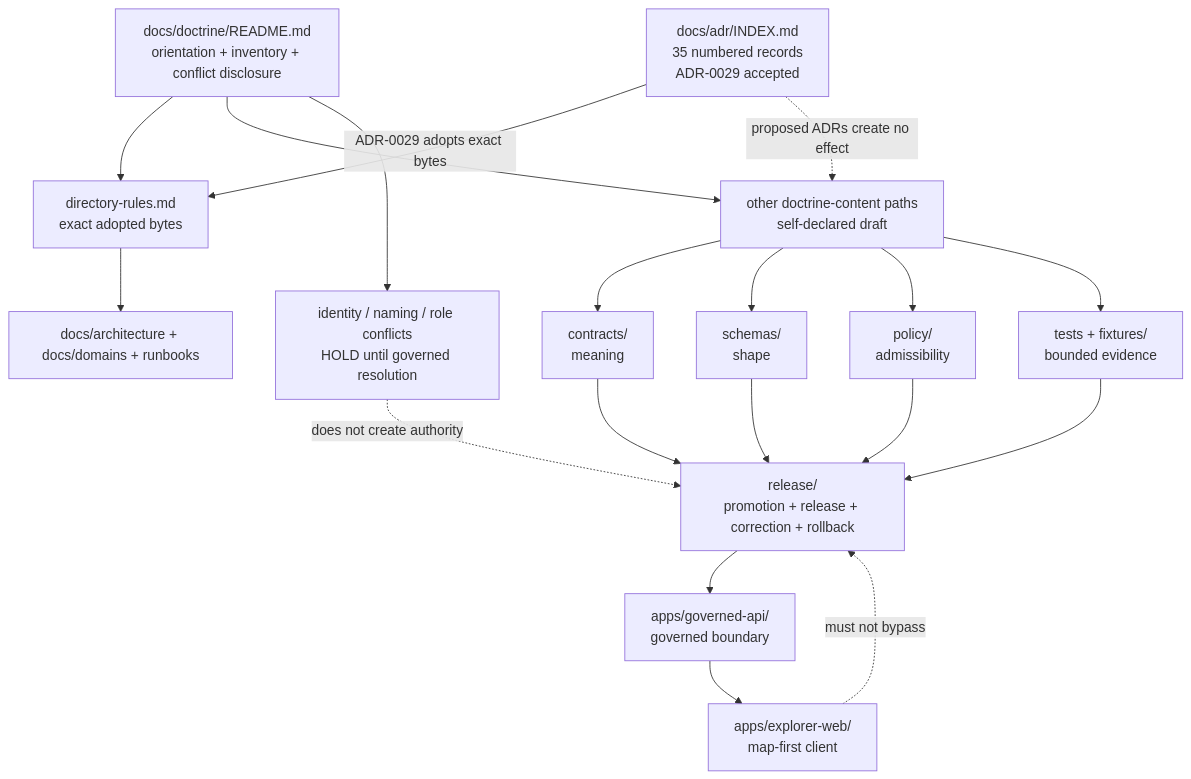
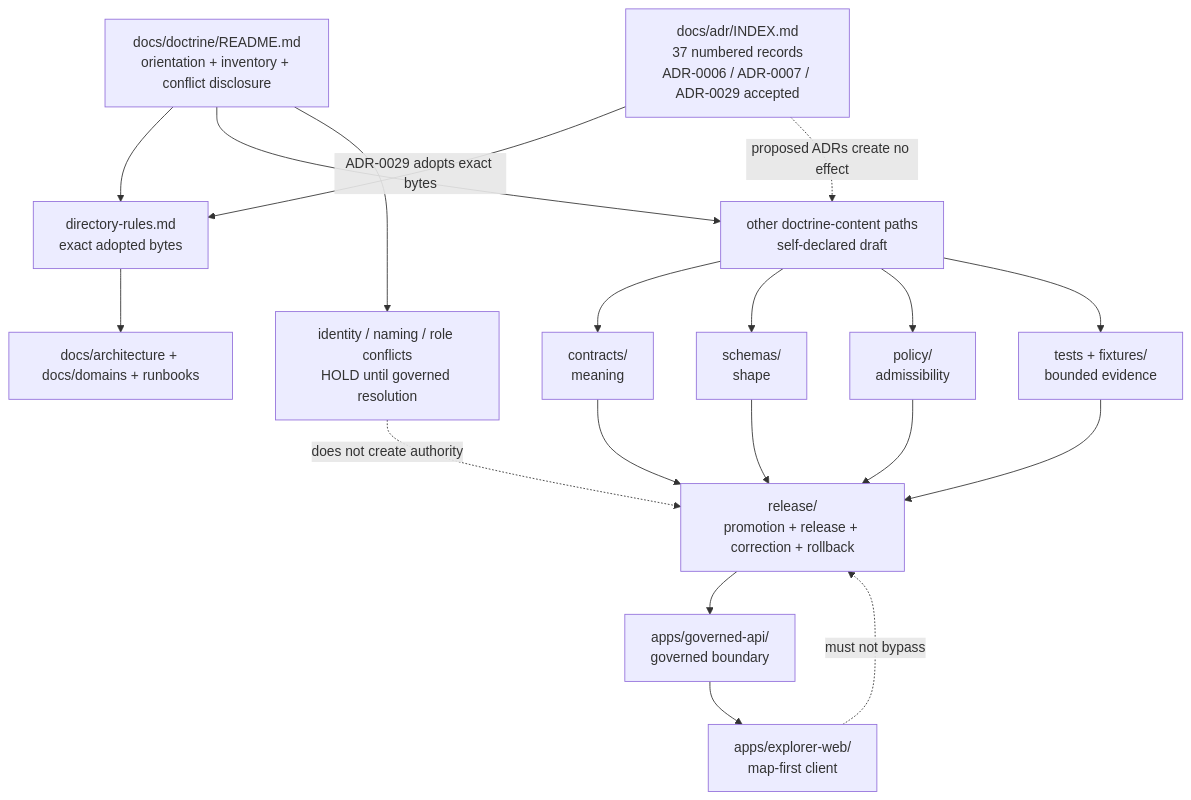
One commit to bartytime4life/Kansas-Frontier-Matrix changed the diagram in docs/doctrine/README.md. Above: the diagram before and after it, drawn with Mermaid. The commit also changed other lines of this file, not shown here.

Commit message:
docs(doctrine): reconcile ADR inventory summary

````diff
--- a/docs/doctrine/README.md
+++ b/docs/doctrine/README.md
@@ -463,32 +465,32 @@
 ```mermaid
 flowchart TD
     README["docs/doctrine/README.md<br/>orientation + inventory + conflict disclosure"]
 
-    ADR["docs/adr/INDEX.md<br/>35 numbered records<br/>ADR-0029 accepted"]
+    ADR["docs/adr/INDEX.md<br/>37 numbered records<br/>ADR-0006 / ADR-0007 / ADR-0029 accepted"]
     DIR["directory-rules.md<br/>exact adopted bytes"]
     DRAFT["other doctrine-content paths<br/>self-declared draft"]
     HOLD["identity / naming / role conflicts<br/>HOLD until governed resolution"]
 
     README --> DIR
     README --> DRAFT
     README --> HOLD
     ADR -->|"ADR-0029 adopts exact bytes"| DIR
     ADR -.->|"proposed ADRs create no effect"| DRAFT
 
     DIR --> DOCS["docs/architecture + docs/domains + runbooks"]
     DRAFT --> CONTRACTS["contracts/<br/>meaning"]
     DRAFT --> SCHEMAS["schemas/<br/>shape"]
     DRAFT --> POLICY["policy/<br/>admissibility"]
     DRAFT --> TESTS["tests + fixtures/<br/>bounded evidence"]
 
     CONTRACTS --> RELEASE["release/<br/>promotion + release + correction + rollback"]
     SCHEMAS --> RELEASE
     POLICY --> RELEASE
     TESTS --> RELEASE
 
     RELEASE --> API["apps/governed-api/<br/>governed boundary"]
     API --> UI["apps/explorer-web/<br/>map-first client"]
 
     UI -. "must not bypass" .-> RELEASE
     HOLD -. "does not create authority" .-> RELEASE
 ```
````
